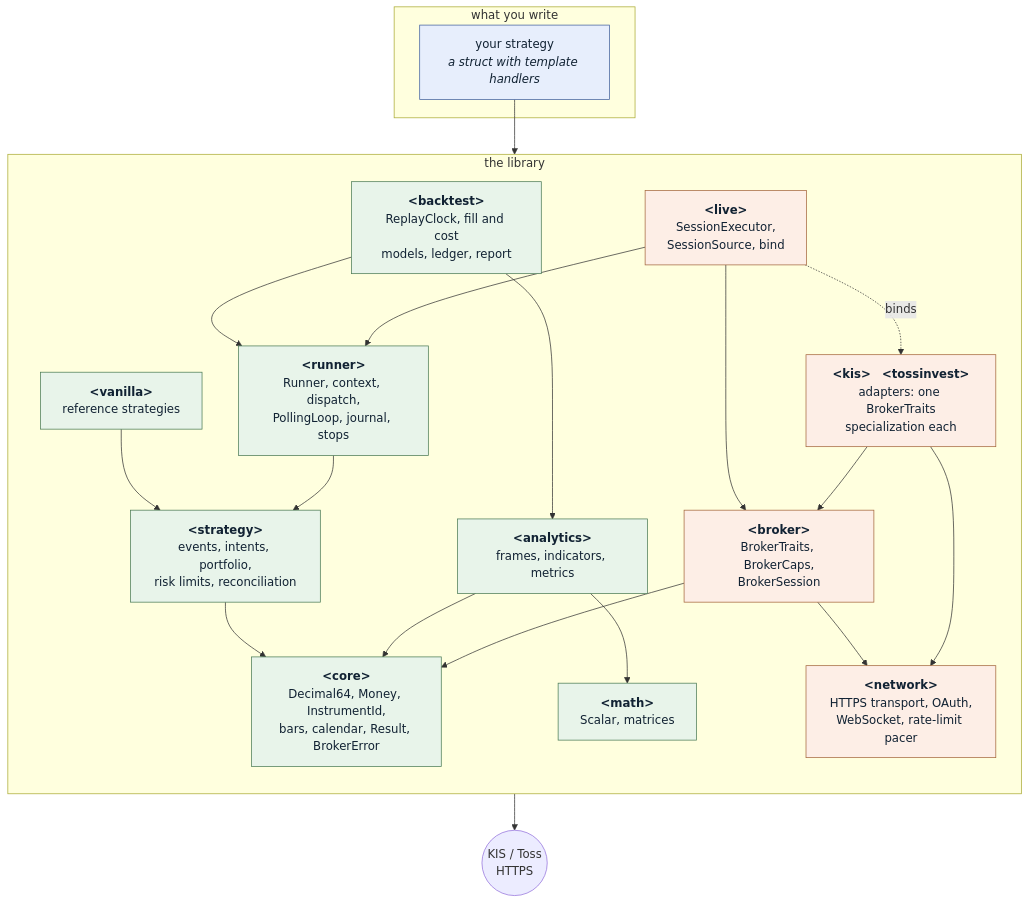
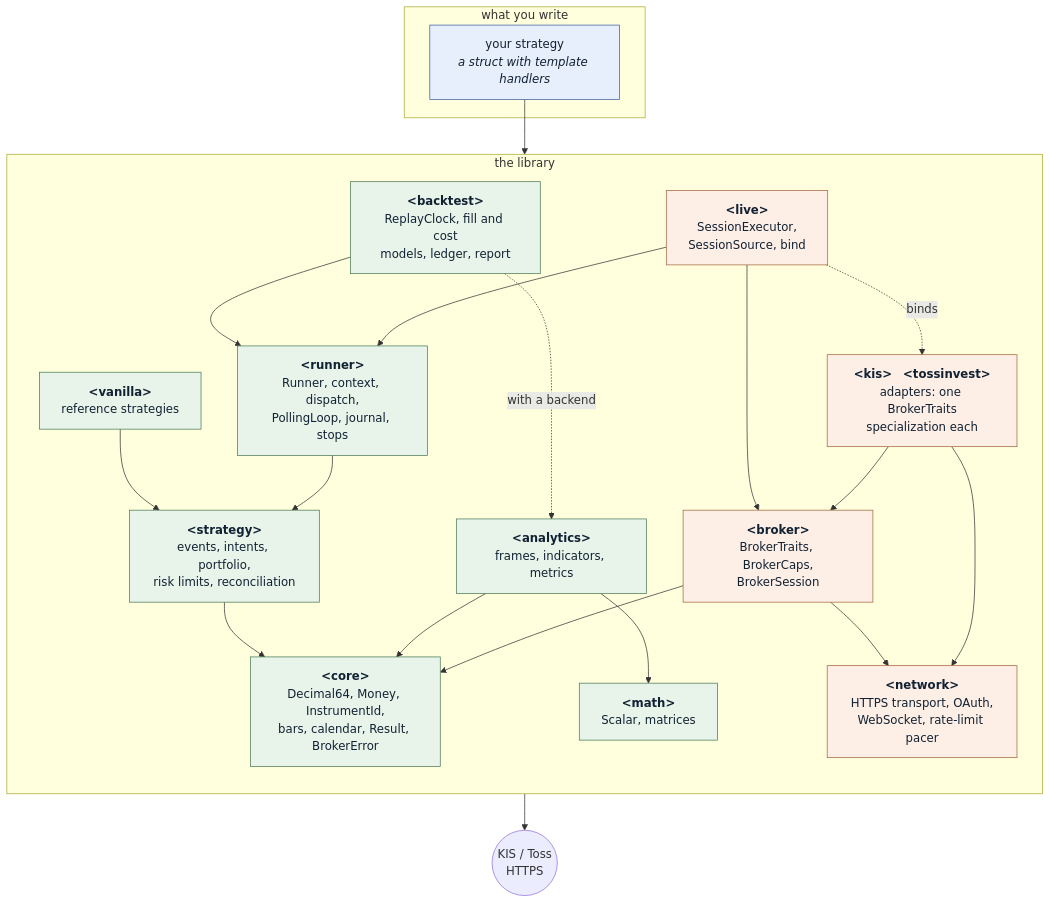
One commit to algotradelib/algotradelib changed the first of 5 diagrams in doxygen/vignettes/architecture.md. Above: the diagram before and after it, drawn with Mermaid. The commit also changed other lines of this file and 1 other file, not shown here.

````diff
--- a/doxygen/vignettes/architecture.md
+++ b/doxygen/vignettes/architecture.md
@@ -14,47 +14,47 @@
 ```mermaid
 graph TD
   subgraph W["what you write"]
     S["your strategy<br/><i>a struct with template handlers</i>"]
   end
 
   subgraph L["the library"]
     direction TB
     V["<b>&lt;vanilla&gt;</b><br/>reference strategies"]
     ST["<b>&lt;strategy&gt;</b><br/>events, intents, portfolio,<br/>risk limits, reconciliation"]
     RU["<b>&lt;runner&gt;</b><br/>Runner, context, dispatch,<br/>PollingLoop, journal, stops"]
     BT["<b>&lt;backtest&gt;</b><br/>ReplayClock, fill and cost<br/>models, ledger, report"]
     LV["<b>&lt;live&gt;</b><br/>SessionExecutor,<br/>SessionSource, bind"]
     AN["<b>&lt;analytics&gt;</b><br/>frames, indicators, metrics"]
     MA["<b>&lt;math&gt;</b><br/>Scalar, matrices"]
     BR["<b>&lt;broker&gt;</b><br/>BrokerTraits, BrokerCaps,<br/>BrokerSession"]
     CO["<b>&lt;core&gt;</b><br/>Decimal64, Money, InstrumentId,<br/>bars, calendar, Result, BrokerError"]
     NW["<b>&lt;network&gt;</b><br/>HTTPS transport, OAuth,<br/>WebSocket, rate-limit pacer"]
     KT["<b>&lt;kis&gt;</b> &nbsp; <b>&lt;tossinvest&gt;</b><br/>adapters: one BrokerTraits<br/>specialization each"]
   end
 
   X(("KIS / Toss<br/>HTTPS"))
 
   S --> ST
   V --> ST
   ST --> CO
   RU --> ST
   BT --> RU
-  BT --> AN
+  BT -. "with a backend" .-> AN
   LV --> RU
   LV --> BR
   AN --> MA
   AN --> CO
   BR --> CO
   BR --> NW
   KT --> BR
   KT --> NW
   LV -.binds.-> KT
   NW --> X
 
   classDef pure fill:#e8f4ea,stroke:#4a7a55,color:#123
   classDef io fill:#fdeee6,stroke:#a4663c,color:#123
   classDef you fill:#e7eefc,stroke:#3f5f9e,color:#123
   class S you
   class V,ST,RU,BT,AN,MA,CO pure
   class BR,NW,KT,LV io
 ```
````
